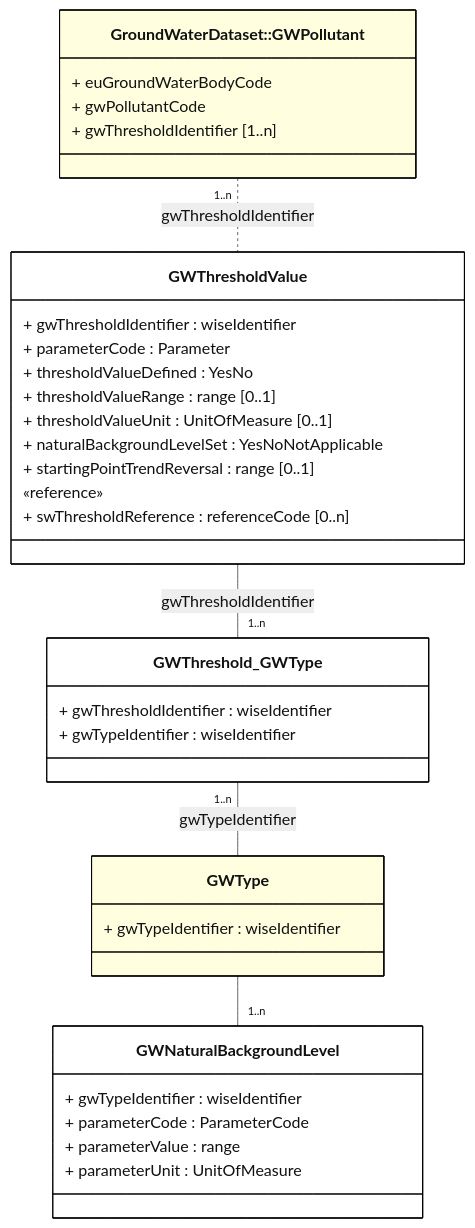
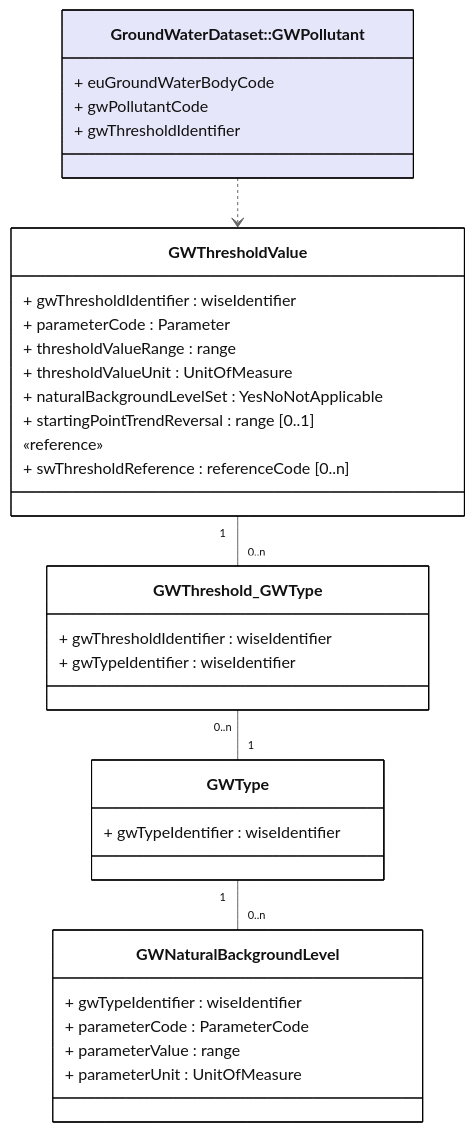
Before and after one commit to eeadata/WISE.WFD.Documentation: the diagram in docs/DataModelReview/mmd/GroundWaterMethodologies_4thCycle_GWThresholdValue_GWType_ClassDiagram.mmd, drawn with Mermaid. The commit also changed 1 other file, not shown here.

```diff
--- a/docs/DataModelReview/mmd/GroundWaterMethodologies_4thCycle_GWThresholdValue_GWType_ClassDiagram.mmd
+++ b/docs/DataModelReview/mmd/GroundWaterMethodologies_4thCycle_GWThresholdValue_GWType_ClassDiagram.mmd
@@ -1,52 +1,51 @@
 ---
 config:
   class:
     hideEmptyMembersBox: true
   layout: dagre
   theme: neutral
 ---
 classDiagram
 direction TB
 
-class GWType:::partial {
+class GWType {
   + gwTypeIdentifier : wiseIdentifier
 }
 
-class GWPollutant ["GroundWaterDataset::GWPollutant"]:::partial{
+class GWPollutant ["GroundWaterDataset::GWPollutant"]:::otherDataset{
   + euGroundWaterBodyCode
   + gwPollutantCode
-  + gwThresholdIdentifier [1..n]
+  + gwThresholdIdentifier
 }
 
 class GWThresholdValue{
   + gwThresholdIdentifier : wiseIdentifier
   + parameterCode : Parameter
-  + thresholdValueDefined : YesNo
-  + thresholdValueRange : range [0..1]
-  + thresholdValueUnit : UnitOfMeasure [0..1]
+  + thresholdValueRange : range 
+  + thresholdValueUnit : UnitOfMeasure 
   + naturalBackgroundLevelSet : YesNoNotApplicable
   + startingPointTrendReversal : range [0..1]
   «reference»
   + swThresholdReference : referenceCode [0..n]
 }
 
 class GWThreshold_GWType{
   + gwThresholdIdentifier : wiseIdentifier
   + gwTypeIdentifier : wiseIdentifier
 }
 
 class GWNaturalBackgroundLevel{
   + gwTypeIdentifier : wiseIdentifier
   + parameterCode : ParameterCode
   + parameterValue : range  
   + parameterUnit : UnitOfMeasure
 }
 
-GWPollutant "1..n" .. GWThresholdValue : gwThresholdIdentifier
-GWThresholdValue -- "1..n" GWThreshold_GWType : gwThresholdIdentifier
-GWThreshold_GWType "1..n" -- GWType : gwTypeIdentifier
-GWType -- "1..n" GWNaturalBackgroundLevel
+GWPollutant ..> GWThresholdValue 
+GWThresholdValue "1" -- "0..n" GWThreshold_GWType 
+GWThreshold_GWType "0..n" -- "1" GWType 
+GWType "1" -- "0..n" GWNaturalBackgroundLevel
 
 classDef default fill:white,stroke:#000;
 classDef forFixing fill:white,stroke:#f00;
-classDef partial fill:lightyellow,stroke:#000;
+classDef otherDataset fill:lavender,stroke:#000;
```
